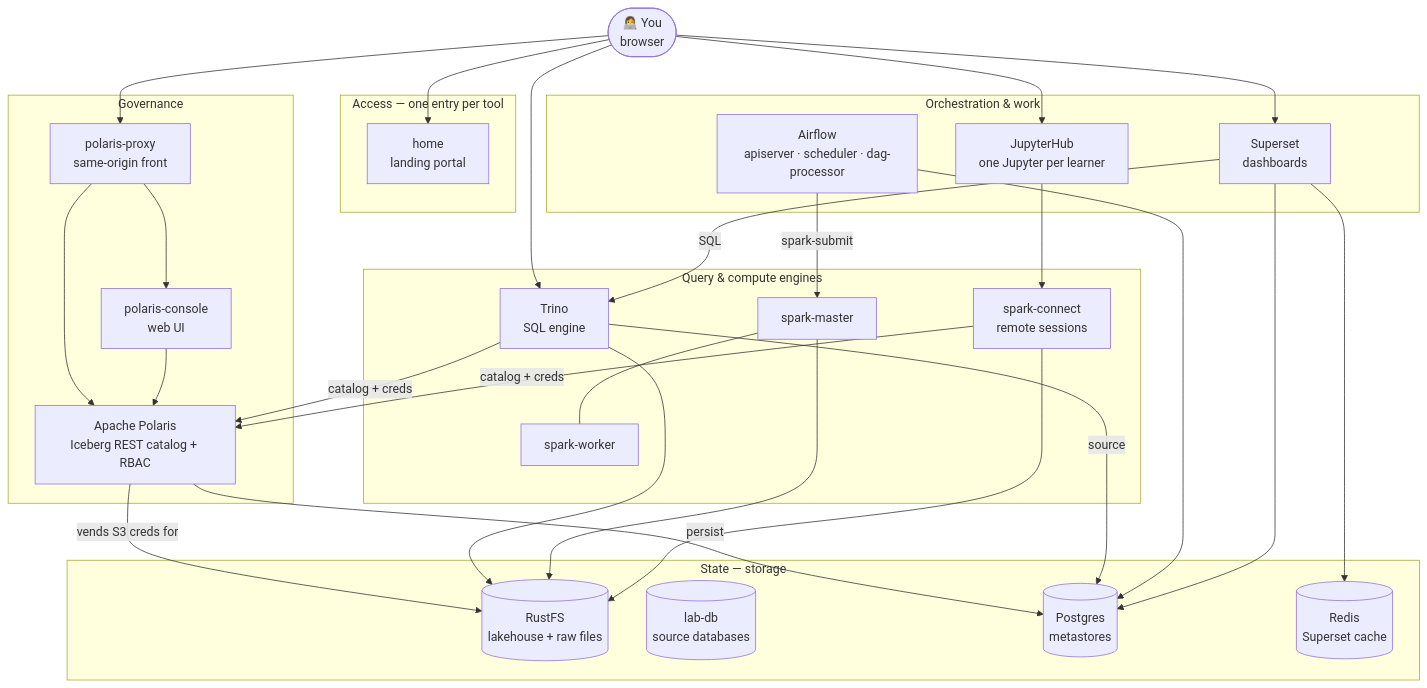
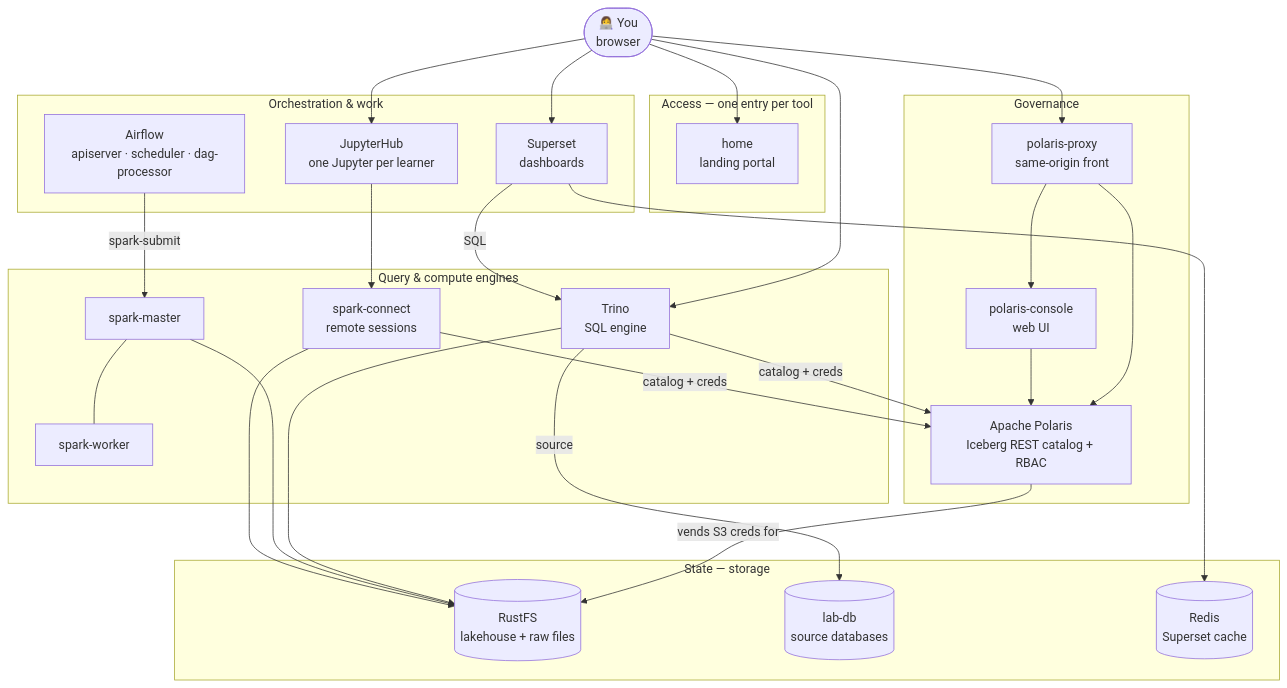
The diagram in training/docs/unit0/stack.md (maarthala/data-engineering-lab), drawn with Mermaid before and after one commit. The commit also changed other lines of this file and 2 other files, not shown here.

````diff
--- a/training/docs/unit0/stack.md
+++ b/training/docs/unit0/stack.md
@@ -9,54 +9,51 @@
 ```mermaid
 flowchart TB
   USER([👩‍💻 You<br/>browser])
 
   subgraph EDGE["Access — one entry per tool"]
     HOME[home<br/>landing portal]
   end
 
   subgraph GOV["Governance"]
     PX[polaris-proxy<br/>same-origin front]
     PC[polaris-console<br/>web UI]
     POL[Apache Polaris<br/>Iceberg REST catalog + RBAC]
     PX --> PC
     PX --> POL
     PC --> POL
   end
 
   subgraph ENG["Query & compute engines"]
     TR[Trino<br/>SQL engine]
     SM[spark-master] --- SW[spark-worker]
     SC[spark-connect<br/>remote sessions]
   end
 
   subgraph ORCH["Orchestration & work"]
     AF[Airflow<br/>apiserver · scheduler · dag-processor]
     JUP[JupyterHub<br/>one Jupyter per learner]
     SUP[Superset<br/>dashboards]
   end
 
   subgraph DATA["State — storage"]
     MIN[(RustFS<br/>lakehouse + raw files)]
     LDB[(lab-db<br/>source databases)]
-    PGS[(Postgres<br/>metastores)]
     RDS[(Redis<br/>Superset cache)]
   end
 
   USER --> HOME
   USER --> TR & SUP & JUP & PX
 
   TR -->|catalog + creds| POL
   SC -->|catalog + creds| POL
   AF -->|spark-submit| SM
   JUP --> SC
   SUP -->|SQL| TR
 
-  POL -->|persist| PGS
   POL -->|vends S3 creds for| MIN
   TR --> MIN
   SM --> MIN
   SC --> MIN
-  TR -->|source| PGS
-  AF --> PGS
-  SUP --> PGS & RDS
+  TR -->|source| LDB
+  SUP --> RDS
 ```
````
